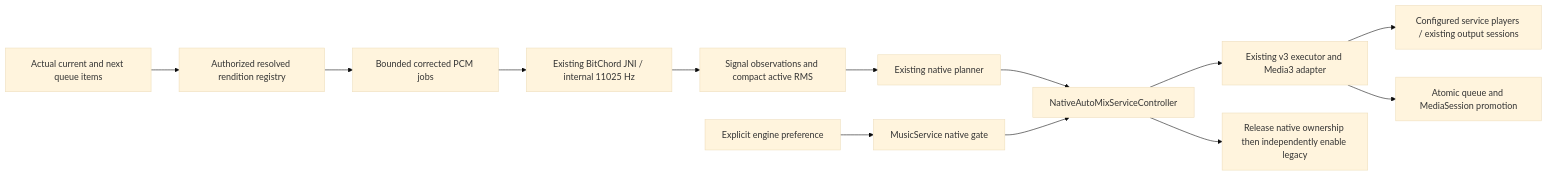
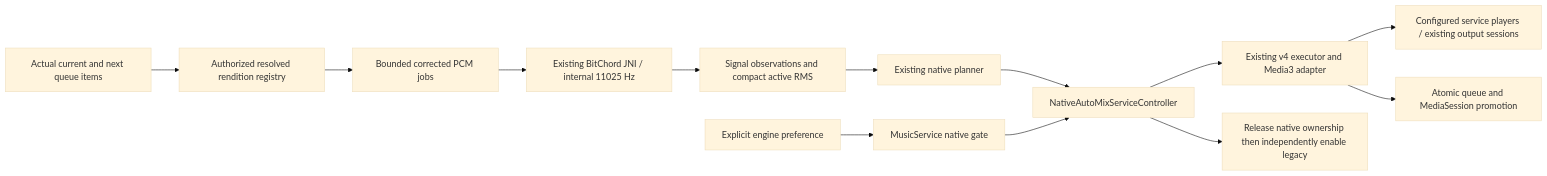
The diagram in docs/AUTOMIX_NATIVE_DJ_ACTIVATION.md (yren411/vivi-music-personal), drawn with Mermaid (base theme) before and after one commit. The commit also changed other lines of this file and 4 other files, not shown here.

````diff
--- a/docs/AUTOMIX_NATIVE_DJ_ACTIVATION.md
+++ b/docs/AUTOMIX_NATIVE_DJ_ACTIVATION.md
@@ -22,15 +75,15 @@
 ```mermaid
 flowchart LR
     P[Explicit engine preference] --> G[MusicService native gate]
     Q[Actual current and next queue items] --> R[Authorized resolved rendition registry]
     R --> W[Bounded corrected PCM jobs]
     W --> N[Existing BitChord JNI / internal 11025 Hz]
     N --> S[Signal observations and compact active RMS]
     S --> A[Existing native planner]
     A --> C[NativeAutoMixServiceController]
     G --> C
-    C --> E[Existing v3 executor and Media3 adapter]
+    C --> E[Existing v4 executor and Media3 adapter]
     E --> D[Configured service players / existing output sessions]
     E --> H[Atomic queue and MediaSession promotion]
     C --> F[Release native ownership then independently enable legacy]
 ```
````
